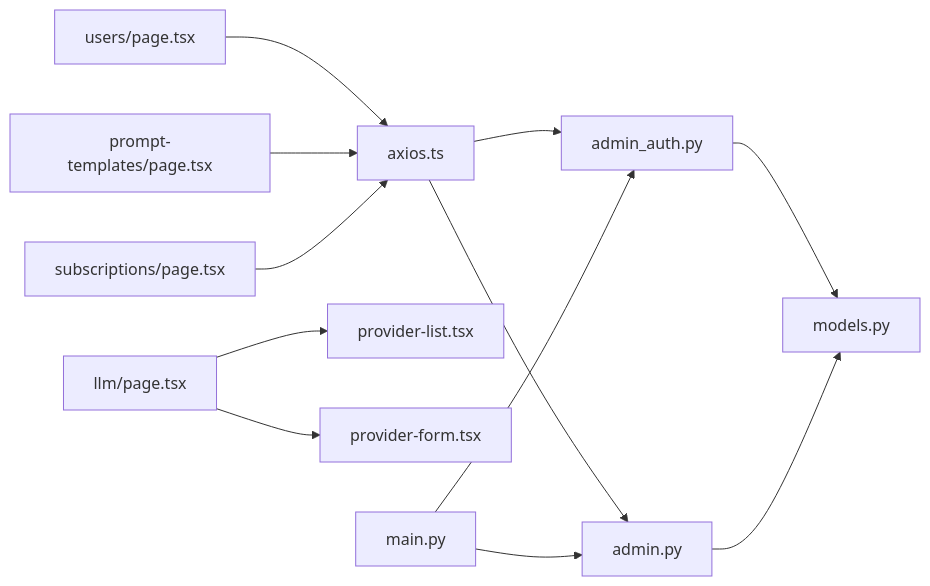
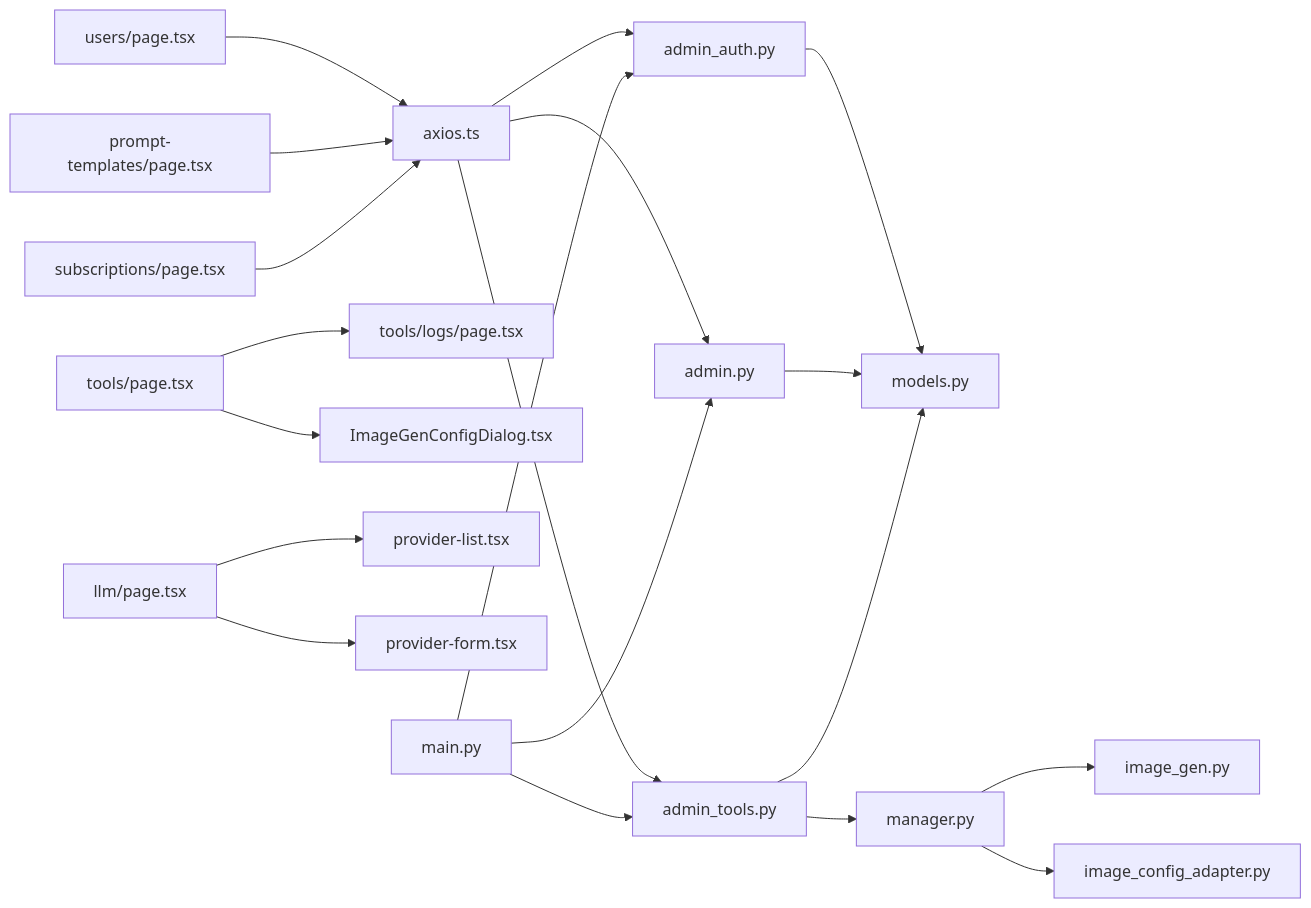
One commit to KunLabAI/KunFlix changed diagram 11 of 11 in .qoder/repowiki/zh/content/管理员后台系统/管理员后台系统.md. Above: the diagram before and after it, drawn with Mermaid. The commit also changed other lines of this file and 24 other files, not shown here.

````diff
--- a/.qoder/repowiki/zh/content/管理员后台系统/管理员后台系统.md
+++ b/.qoder/repowiki/zh/content/管理员后台系统/管理员后台系统.md
@@ -398,14 +583,22 @@
 ```mermaid
 graph LR
 FE_Axios["axios.ts"] --> BE_AdminAuth["admin_auth.py"]
 FE_Axios --> BE_Admin["admin.py"]
+FE_Axios --> BE_AdminTools["admin_tools.py"]
+FE_Tools["tools/page.tsx"] --> FE_ToolLogs["tools/logs/page.tsx"]
+FE_Tools --> FE_ImageGenDialog["ImageGenConfigDialog.tsx"]
 FE_Users["users/page.tsx"] --> FE_Axios
 FE_LLM["llm/page.tsx"] --> FE_ProviderList["provider-list.tsx"]
 FE_LLM --> FE_ProviderForm["provider-form.tsx"]
 FE_Templates["prompt-templates/page.tsx"] --> FE_Axios
 FE_Subscriptions["subscriptions/page.tsx"] --> FE_Axios
 BE_AdminAuth --> BE_Models["models.py"]
 BE_Admin --> BE_Models
+BE_AdminTools --> BE_Models
+BE_AdminTools --> SER_ToolManager["manager.py"]
+SER_ToolManager --> SER_ImageGen["image_gen.py"]
+SER_ToolManager --> SER_ConfigAdapter["image_config_adapter.py"]
 BE_Main["main.py"] --> BE_AdminAuth
 BE_Main --> BE_Admin
+BE_Main --> BE_AdminTools
 ```
````
